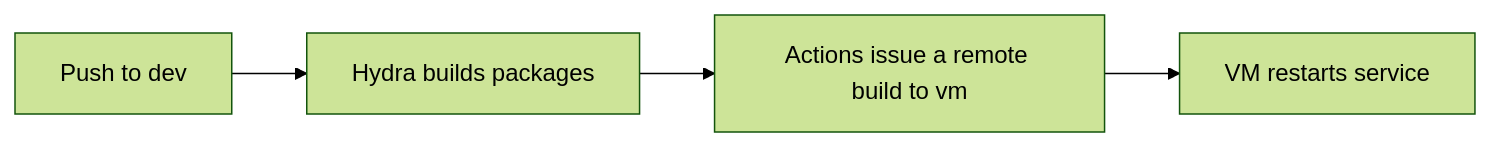
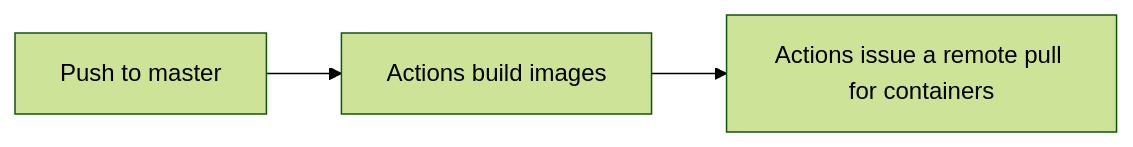
Before and after one commit to Pollak-Projects/lp: the third of 4 diagrams in documentation/readme.md, drawn with Mermaid (forest theme). The commit also changed other lines of this file and 1 other file, not shown here.

````diff
--- a/documentation/readme.md
+++ b/documentation/readme.md
@@ -340,7 +331,6 @@
 ```mermaid
 flowchart LR
-    P[Push to dev] -->
-    A[Hydra builds packages]
-    A --> B[Actions issue a remote build to vm]
-    B --> C[VM restarts service]
+    P[Push to master] -->
+    A[Actions build images]
+    A --> B[Actions issue a remote pull for containers]
 ```
````
